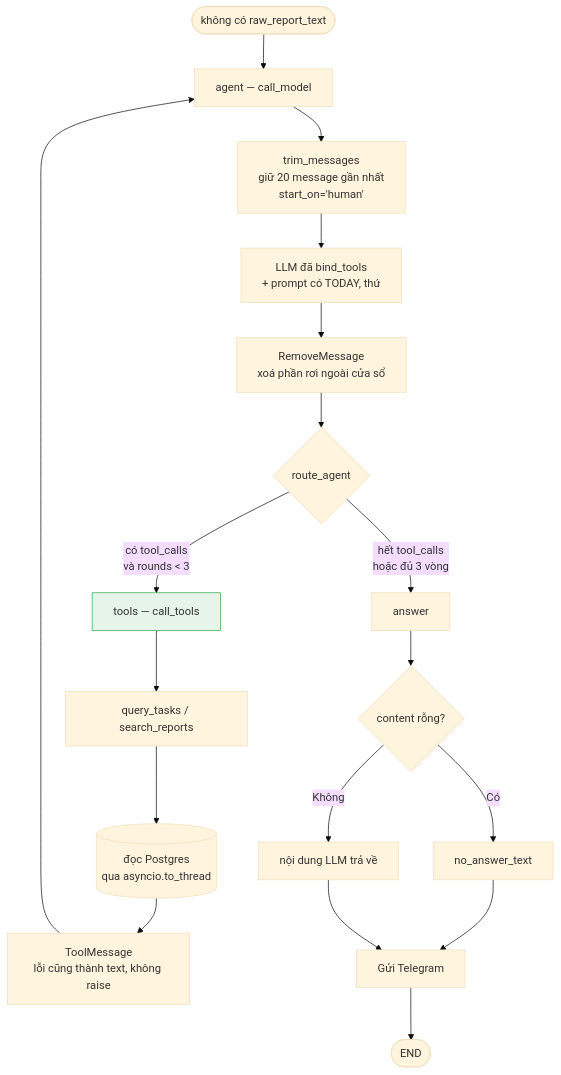
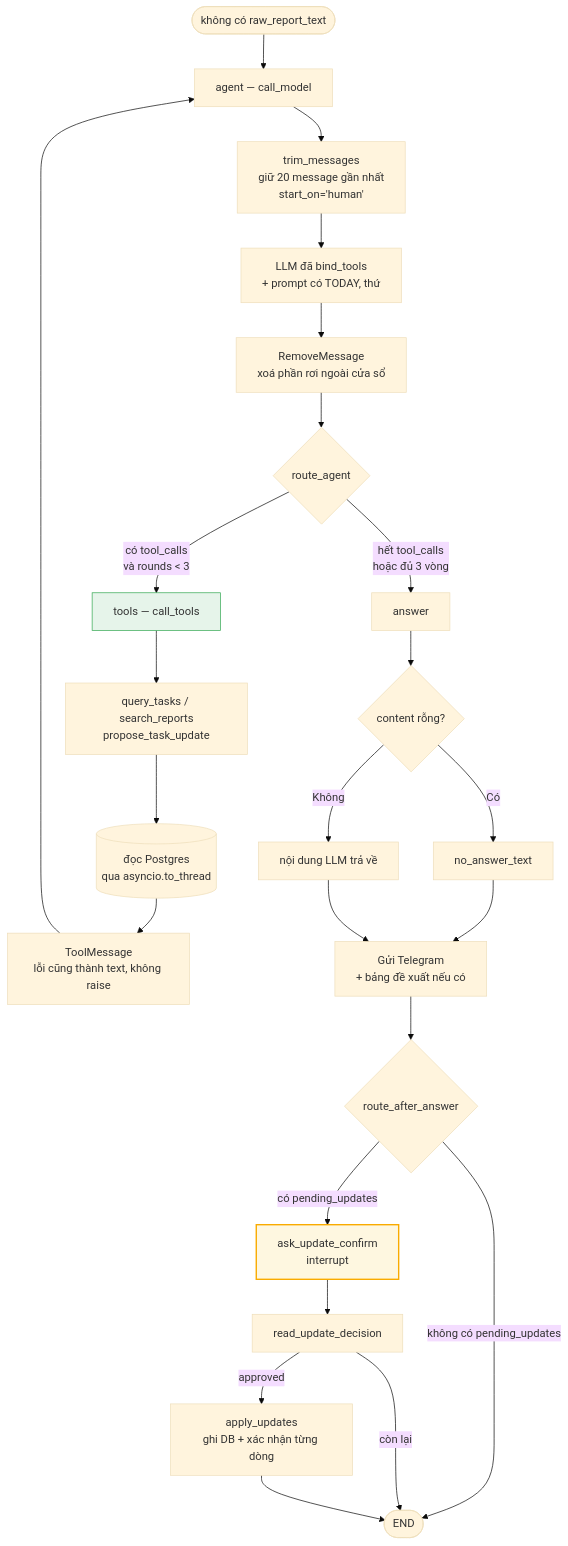
One commit to NguyenQuyenHacker/Telegram-Agent-Reminder-TAR- changed the third of 3 diagrams in docs/luong-xu-ly-agent.md. Above: the diagram before and after it, drawn with Mermaid (base theme). The commit also changed other lines of this file and 37 other files, not shown here.

````diff
--- a/docs/luong-xu-ly-agent.md
+++ b/docs/luong-xu-ly-agent.md
@@ -167,26 +172,33 @@
 ```mermaid
 flowchart TD
     START([không có raw_report_text]) --> AG[agent — call_model]
 
     AG --> T1[trim_messages<br/>giữ 20 message gần nhất<br/>start_on='human']
     T1 --> T2[LLM đã bind_tools<br/>+ prompt có TODAY, thứ]
     T2 --> T3[RemoveMessage<br/>xoá phần rơi ngoài cửa sổ]
 
     T3 --> RT{route_agent}
     RT -->|có tool_calls<br/>và rounds < 3| TOOLS[tools — call_tools]
     RT -->|hết tool_calls<br/>hoặc đủ 3 vòng| ANS[answer]
 
-    TOOLS --> TL1[query_tasks / search_reports]
+    TOOLS --> TL1[query_tasks / search_reports<br/>propose_task_update]
     TL1 --> TL2[(đọc Postgres<br/>qua asyncio.to_thread)]
     TL2 --> TL3[ToolMessage<br/>lỗi cũng thành text, không raise]
     TL3 --> AG
 
     ANS --> A1{content rỗng?}
     A1 -->|Có| A2[no_answer_text]
     A1 -->|Không| A3[nội dung LLM trả về]
-    A2 --> A4[Gửi Telegram]
+    A2 --> A4[Gửi Telegram<br/>+ bảng đề xuất nếu có]
     A3 --> A4
-    A4 --> END([END])
+    A4 --> RU{route_after_answer}
+    RU -->|không có pending_updates| END([END])
+    RU -->|có pending_updates| UC[ask_update_confirm<br/>interrupt]
+    UC --> UD[read_update_decision]
+    UD -->|approved| AP[apply_updates<br/>ghi DB + xác nhận từng dòng]
+    UD -->|còn lại| END
+    AP --> END
 
     style TOOLS fill:#e6f4ea,stroke:#34a853
+    style UC fill:#fef7e0,stroke:#f9ab00,stroke-width:2px
 ```
````
